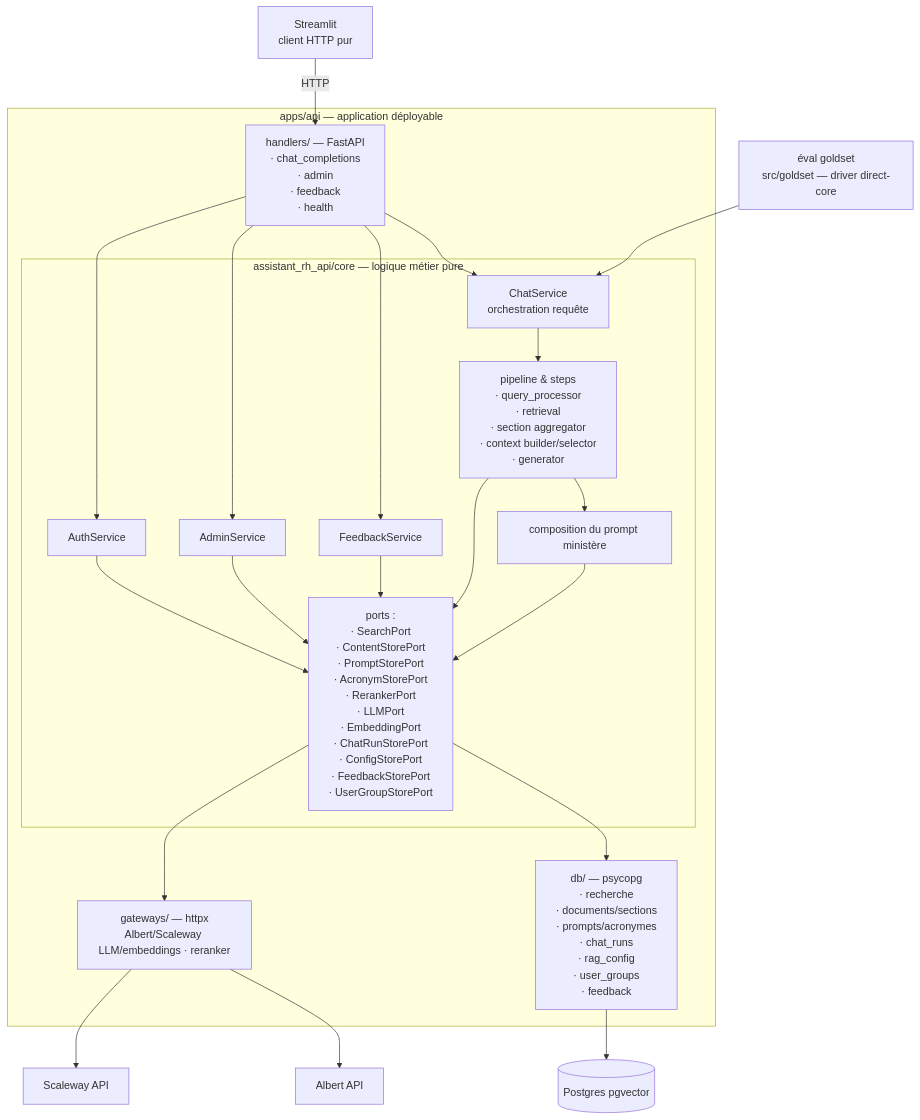
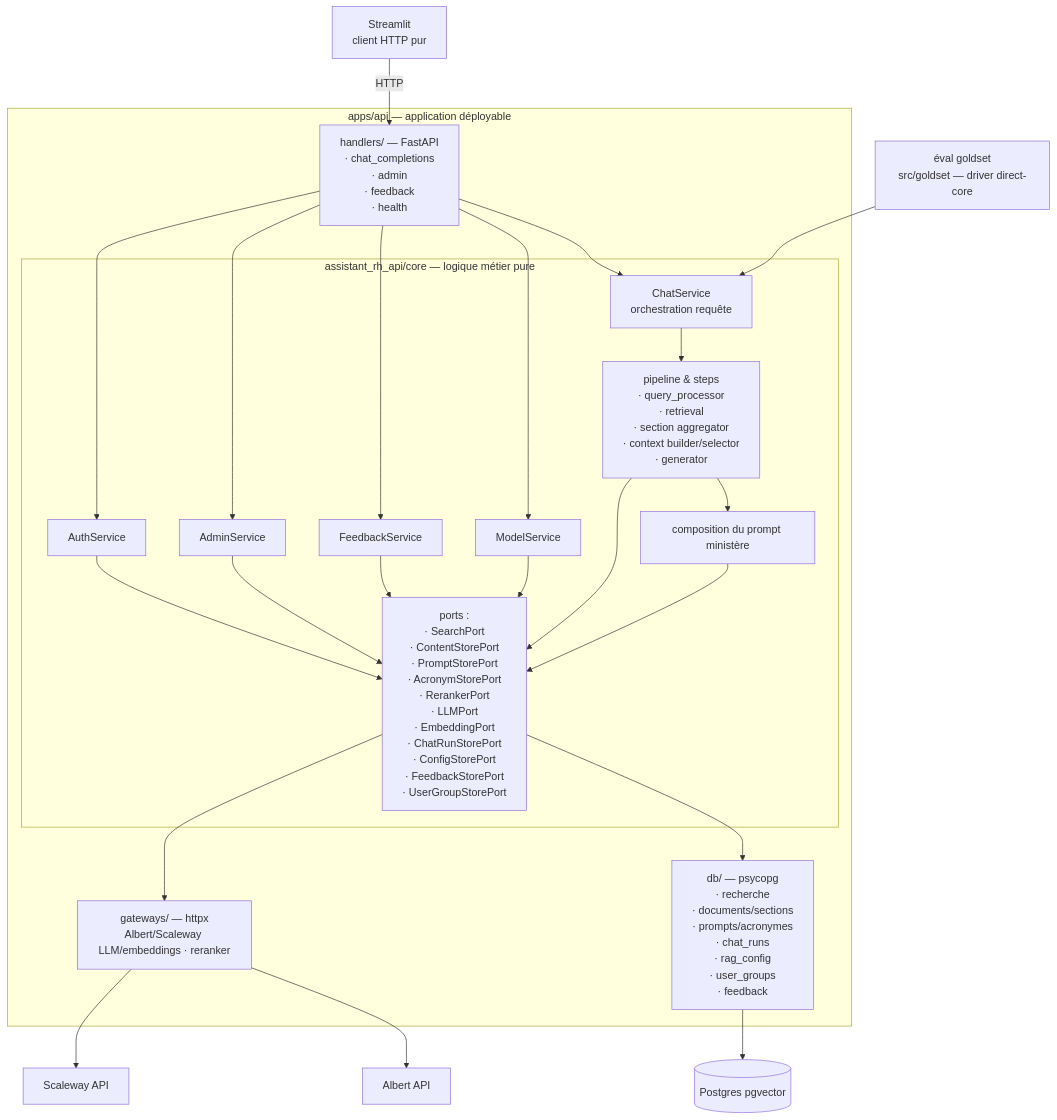
The diagram in docs/architecture/hexagonal-split/01-target-architecture.md (DGAFP/assistant-rh), drawn with Mermaid before and after one commit. The commit also changed other lines of this file, not shown here.

Commit message:
docs: synthetize + add ModelService

````diff
--- a/docs/architecture/hexagonal-split/01-target-architecture.md
+++ b/docs/architecture/hexagonal-split/01-target-architecture.md
@@ -7,45 +7,48 @@
 ```mermaid
 flowchart TB
     ST[Streamlit<br/>client HTTP pur]
     EV[éval goldset<br/>src/goldset — driver direct-core]
 
     subgraph api ["apps/api — application déployable"]
         H[handlers/ — FastAPI<br/>· chat_completions <br/> · admin <br/>· feedback <br/> · health]
 
         subgraph core ["assistant_rh_api/core — logique métier pure"]
             CS[ChatService<br/>orchestration requête]
+            MS[ModelService]
             P[pipeline & steps<br/>· query_processor <br>· retrieval <br/> · section aggregator  <br/> · context builder/selector <br/> · generator]
             PP[composition du prompt ministère]
             PO[ports :<br/>· SearchPort <br/>· ContentStorePort<br/>· PromptStorePort <br/>· AcronymStorePort<br/>· RerankerPort <br/>· LLMPort <br/>· EmbeddingPort<br/>· ChatRunStorePort <br/>· ConfigStorePort<br/>· FeedbackStorePort<br/>· UserGroupStorePort]
 
 
             FS[FeedbackService]
 
             AS[AdminService]
             AU[AuthService]
 
         end
 
         DB[db/ — psycopg<br/>· recherche <br> · documents/sections <br> · prompts/acronymes<br/> · chat_runs <br> · rag_config <br> · user_groups <br> · feedback]
         GW[gateways/ — httpx<br/>Albert/Scaleway LLM/embeddings · reranker]
     end
 
     ST -->|HTTP| H
     H --> CS
     EV --> CS
     CS --> P
     P --> PP
+    H --> MS
+    MS --> PO
     P --> PO
     PP --> PO
     PO --> DB
     PO --> GW
     DB --> PG[(Postgres pgvector)]
     GW --> ALB[Albert API]
     GW --> SCW[Scaleway API]
     H --> FS
     FS --> PO
     H --> AS
     AS --> PO
     H --> AU
     AU --> PO
 ```
````
